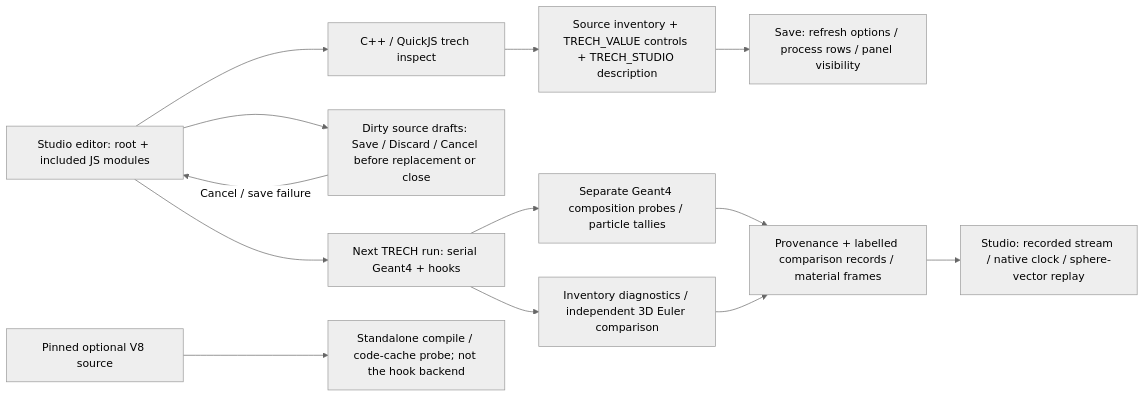
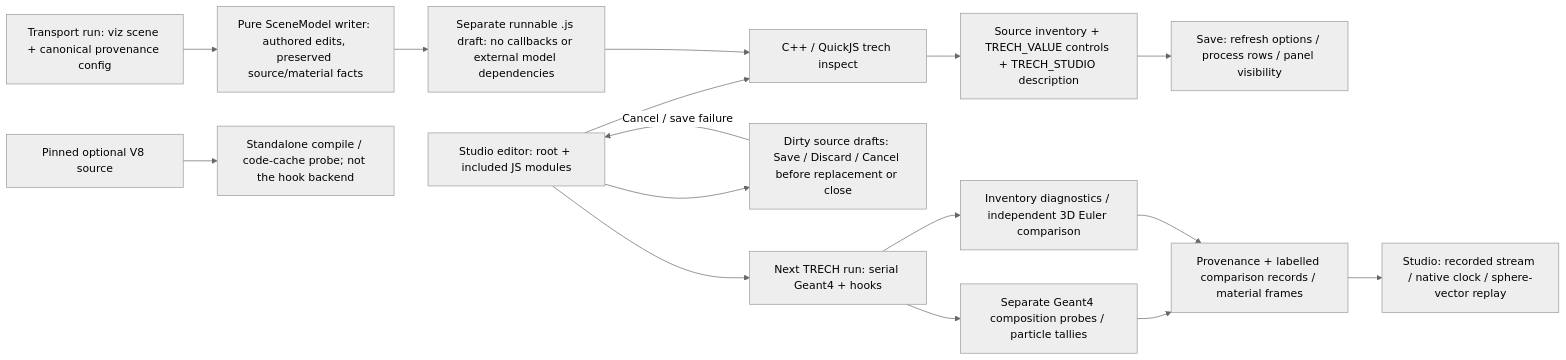
The sixth of 40 diagrams in CHARTS.md (Geckos-Ink/trech), drawn with Mermaid (neutral theme) before and after one commit. The commit also changed other lines of this file and 50 other files, not shown here.

````diff
--- a/CHARTS.md
+++ b/CHARTS.md
@@ -98,15 +98,18 @@
 ```mermaid
 flowchart LR
   E["Studio editor: root + included JS modules"] --> I["C++ / QuickJS trech inspect"]
   E --> Guard["Dirty source drafts: Save / Discard / Cancel before replacement or close"]
   Guard -->|"Cancel / save failure"| E
   I --> S["Source inventory + TRECH_VALUE controls + TRECH_STUDIO description"]
   S --> U["Save: refresh options / process rows / panel visibility"]
   E --> R["Next TRECH run: serial Geant4 + hooks"]
   R --> G["Separate Geant4 composition probes / particle tallies"]
   R --> C["Inventory diagnostics / independent 3D Euler comparison"]
   G --> O["Provenance + labelled comparison records / material frames"]
   C --> O
   O --> V["Studio: recorded stream / native clock / sphere-vector replay"]
+  T["Transport run: viz scene + canonical provenance config"] --> W["Pure SceneModel writer: authored edits, preserved source/material facts"]
+  W --> J["Separate runnable .js draft: no callbacks or external model dependencies"]
+  J --> I
   D["Pinned optional V8 source"] --> P["Standalone compile / code-cache probe; not the hook backend"]
 ```
````
